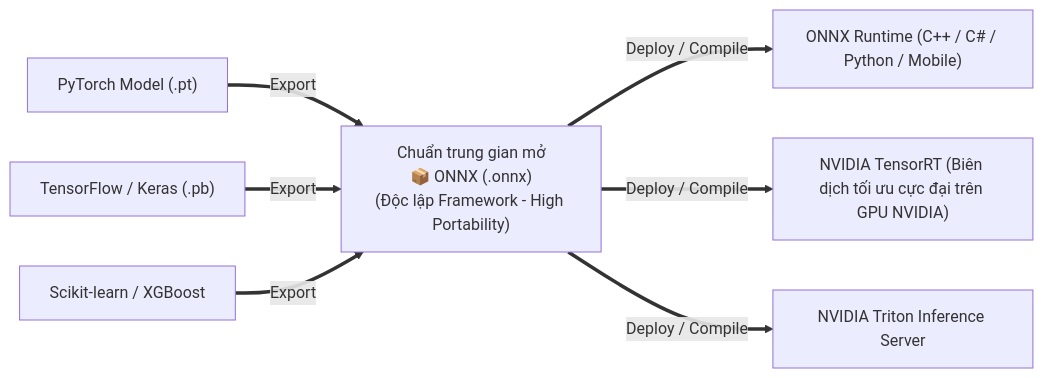
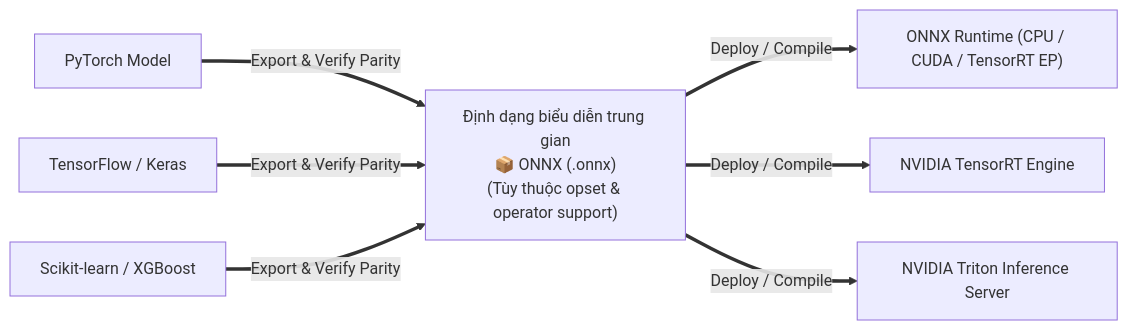
Before and after one commit to nxthanh2904/nca-genl: the fourth of 5 diagrams in Module_07_Model_Training_and_Lifecycle.md, drawn with Mermaid. The commit also changed other lines of this file and 14 other files, not shown here.

````diff
--- a/Module_07_Model_Training_and_Lifecycle.md
+++ b/Module_07_Model_Training_and_Lifecycle.md
@@ -153,14 +153,14 @@
 ```mermaid
 flowchart LR
-    F1["PyTorch Model (.pt)"]
-    F2["TensorFlow / Keras (.pb)"]
+    F1["PyTorch Model"]
+    F2["TensorFlow / Keras"]
     F3["Scikit-learn / XGBoost"]
     
-    ONNX["Chuẩn trung gian mở<br/>📦 ONNX (.onnx)<br/>(Độc lập Framework - High Portability)"]
+    ONNX["Định dạng biểu diễn trung gian<br/>📦 ONNX (.onnx)<br/>(Tùy thuộc opset & operator support)"]
     
-    R1["ONNX Runtime (C++ / C# / Python / Mobile)"]
-    R2["NVIDIA TensorRT (Biên dịch tối ưu cực đại trên GPU NVIDIA)"]
+    R1["ONNX Runtime (CPU / CUDA / TensorRT EP)"]
+    R2["NVIDIA TensorRT Engine"]
     R3["NVIDIA Triton Inference Server"]
 
-    F1 & F2 & F3 ==>|"Export"| ONNX ==>|"Deploy / Compile"| R1 & R2 & R3
+    F1 & F2 & F3 ==>|"Export & Verify Parity"| ONNX ==>|"Deploy / Compile"| R1 & R2 & R3
 ```
````
